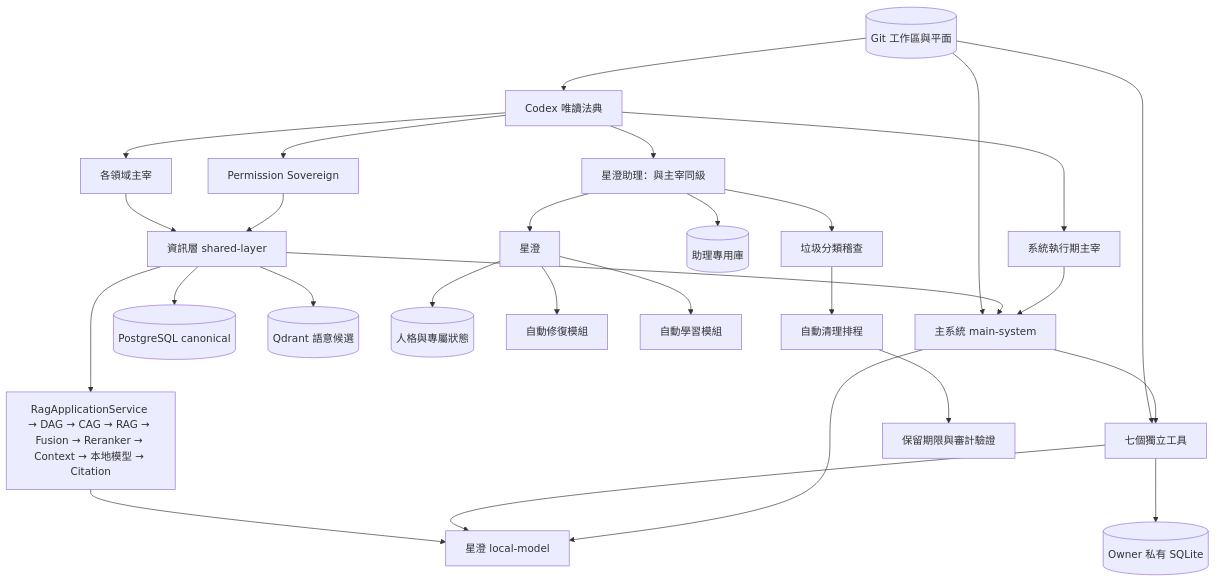
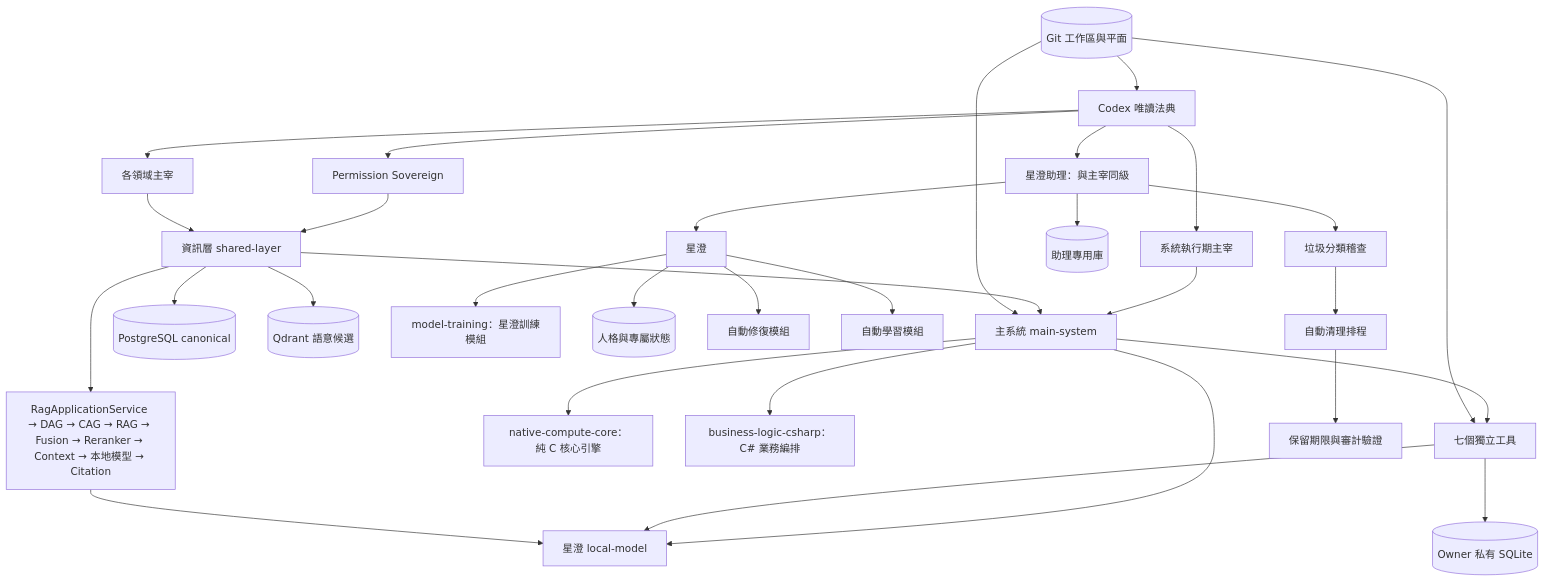
One commit to guilty442-source/GPTBridge changed the first of 5 diagrams in Standalone tools/local-model/星澄模型四層建置藍圖.md. Above: the diagram before and after it, drawn with Mermaid. The commit also changed other lines of this file, not shown here.

Commit message:
Blueprint: fill missing items (G66-G68 seal/signature/parity gaps, section 10.35 legislation mapping A551-A592, component graph, W4 seal task)

````diff
--- a/Standalone tools/local-model/星澄模型四層建置藍圖.md
+++ b/Standalone tools/local-model/星澄模型四層建置藍圖.md
@@ -101,30 +101,33 @@
 ```mermaid
 flowchart TB
   C[Codex 唯讀法典] --> PS[Permission Sovereign]
   C --> DS[各領域主宰]
   C --> XA[星澄助理：與主宰同級]
   C --> RS[系統執行期主宰]
   PS --> INFO[資訊層 shared-layer]
   DS --> INFO
   RS --> MS[主系統 main-system]
   INFO --> MS
   MS --> TOOLS[七個獨立工具]
   INFO --> PG[(PostgreSQL canonical)]
   INFO --> QD[(Qdrant 語意候選)]
   TOOLS --> SQ[(Owner 私有 SQLite)]
   MS --> LM[星澄 local-model]
   TOOLS --> LM
+  MS --> NCC[native-compute-core：純 C 核心引擎]
+  MS --> BLC[business-logic-csharp：C# 業務編排]
+  XC --> MT[model-training：星澄訓練模組]
   INFO --> RAG[RagApplicationService → DAG → CAG → RAG → Fusion → Reranker → Context → 本地模型 → Citation]
   RAG --> LM
   XA --> XADB[(助理專用庫)]
   XA --> XC[星澄]
   XC --> XPDB[(人格與專屬狀態)]
   XC --> REP[自動修復模組]
   XC --> LEARN[自動學習模組]
   XA --> GC[垃圾分類稽查]
   GC --> CLN[自動清理排程]
   CLN --> AUD[保留期限與審計驗證]
   GIT[(Git 工作區與平面)] --> C
   GIT --> MS
   GIT --> TOOLS
 ```
````
